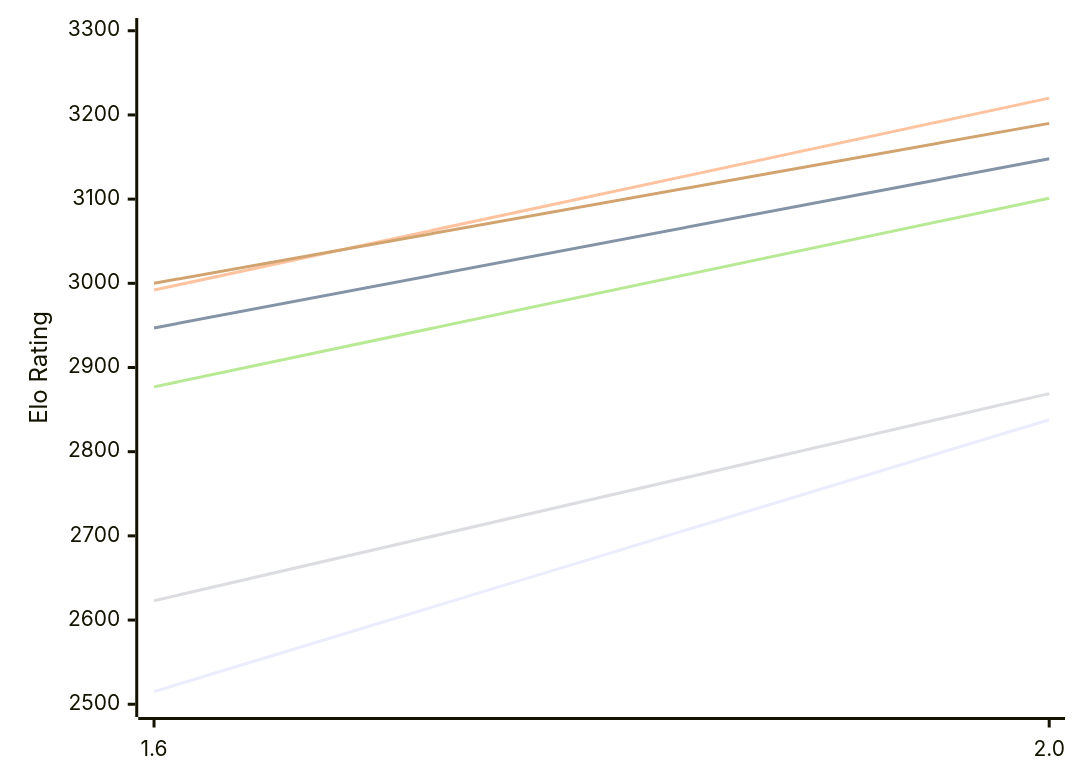
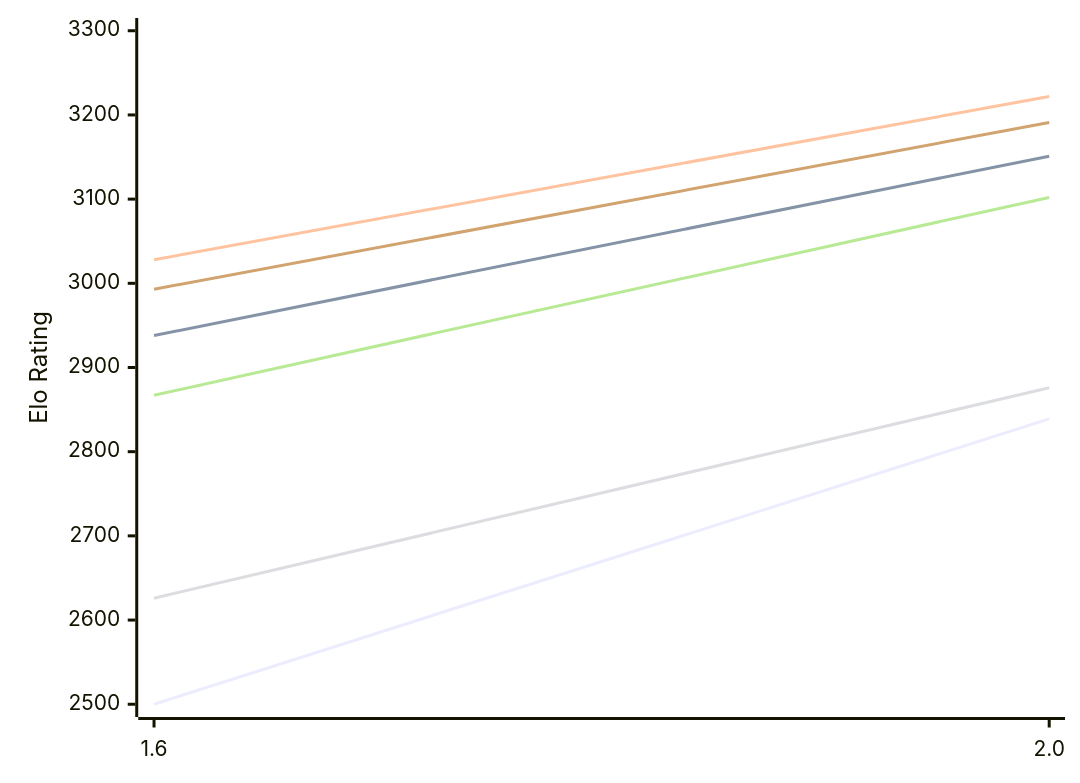
One commit to computer-chess-index/cci changed the first of 2 diagrams in engines/Onyx.md. Above: the diagram before and after it, drawn with Mermaid. The commit also changed other lines of this file, not shown here.

Commit message:
Update CCI Ratings (ELO VLTC) - 2026-11-17

````diff
--- a/engines/Onyx.md
+++ b/engines/Onyx.md
@@ -50,12 +50,12 @@
 ```mermaid
 %%{init: {"theme":"base","themeVariables":{"seriesColors:['#a3a3a3','#222221','#faa371']}}}%%
 xychart-beta
   x-axis ["1.6", "2.0"]
   y-axis "Elo Rating" 2500 --> 3300
-  line "E1: STC (8.0+0.08s)" [2515, 2838]
-  line "E1: LTC (60.0+0.60s)" [2947, 3148]
-  line "E1: VLTC (2m24s+1.12s)" [2992, 3220]
-  line "P1: STC (8.0+0.08s)" [2623, 2869]
-  line "P1: LTC (60.0+0.60s)" [2877, 3101]
-  line "P1: VLTC (2m24s+1.12s)" [3000, 3190]
+  line "E1: STC (8.0+0.08s)" [2500, 2839]
+  line "E1: LTC (60.0+0.60s)" [2938, 3151]
+  line "E1: VLTC (2m24s+1.12s)" [3028, 3222]
+  line "P1: STC (8.0+0.08s)" [2626, 2876]
+  line "P1: LTC (60.0+0.60s)" [2867, 3102]
+  line "P1: VLTC (2m24s+1.12s)" [2993, 3191]
 ```
````
